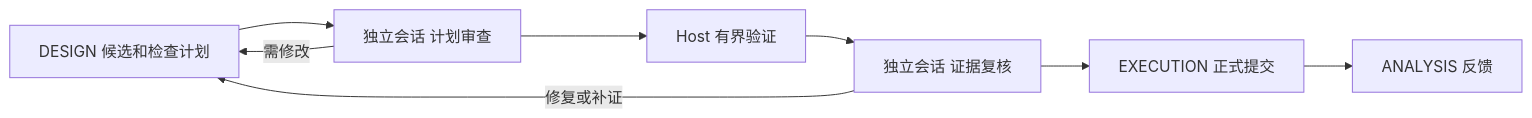
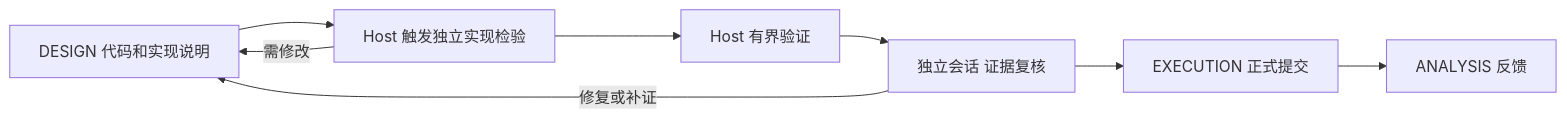
The diagram in docs/design/dynamic-experiment-verification.md (EIMP-Lab/Hypoloom), drawn with Mermaid before and after one commit. The commit also changed other lines of this file and 2 other files, not shown here.

Commit message:
Design verifier model initialization and expert delivery views

````diff
--- a/docs/design/dynamic-experiment-verification.md
+++ b/docs/design/dynamic-experiment-verification.md
@@ -51,10 +115,10 @@
 ```mermaid
 flowchart LR
-    D[DESIGN 候选和检查计划] --> P[独立会话 计划审查]
+    D[DESIGN 代码和实现说明] --> P[Host 触发独立实现检验]
     P --> V[Host 有界验证]
     V --> R[独立会话 证据复核]
     R --> E[EXECUTION 正式提交]
     E --> A[ANALYSIS 反馈]
     P -->|需修改| D
     R -->|修复或补证| D
 ```
````
